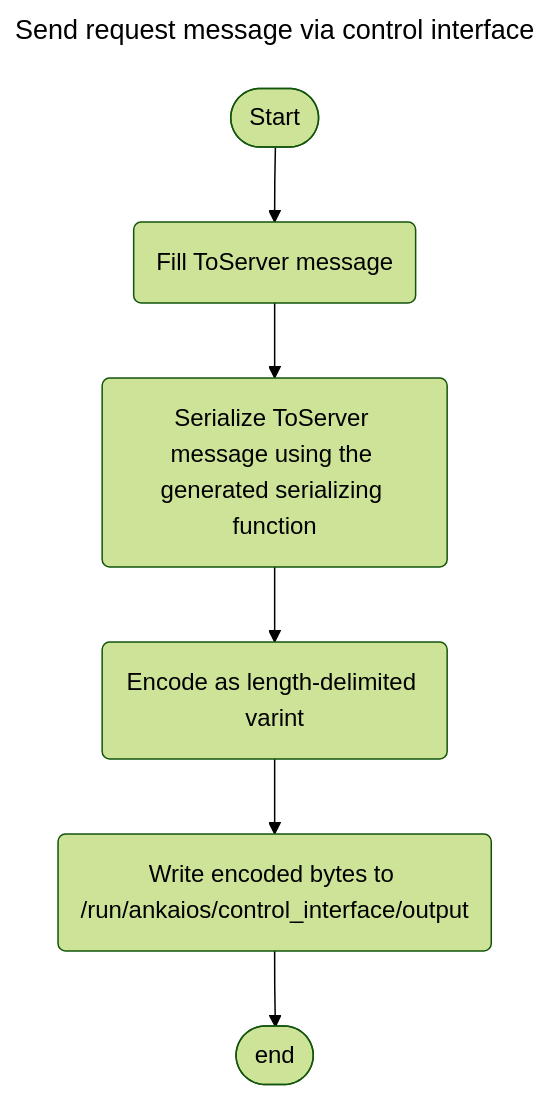
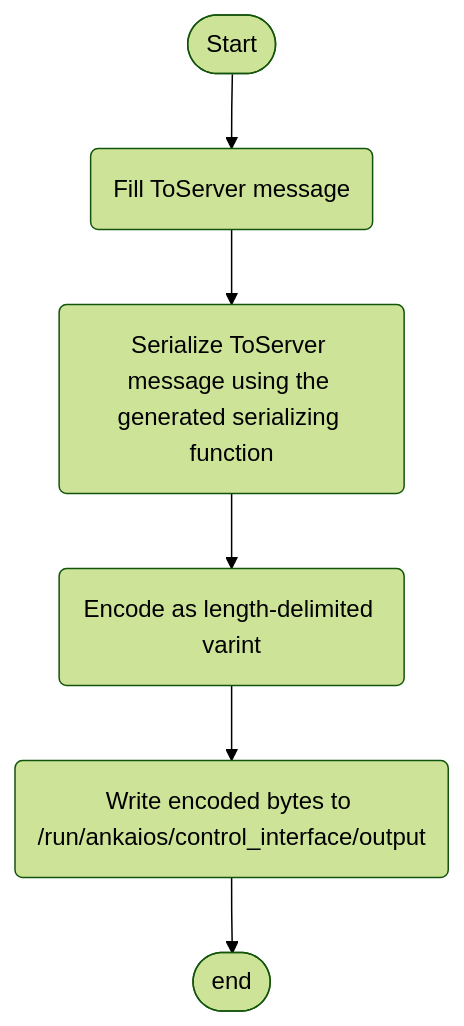
The fourth of 5 diagrams in doc/docs/reference/control-interface.md (eclipse-ankaios/ankaios), drawn with Mermaid (forest theme) before and after one commit. The commit also changed other lines of this file, not shown here.

First line of the commit message:
Fix mermaid titles in dark mode

````diff
--- a/doc/docs/reference/control-interface.md
+++ b/doc/docs/reference/control-interface.md
@@ -83,18 +77,15 @@
 ```mermaid
----
-title: Send request message via control interface
----
 flowchart TD
     begin([Start])
     req_msg(Fill ToServer message)
     ser_msg(Serialize ToServer message using the generated serializing function)
     enc_bytes(Encode as length-delimited varint)
     output("Write encoded bytes to /run/ankaios/control_interface/output")
     fin([end])
 
     begin --> req_msg
     req_msg --> ser_msg
     ser_msg -->enc_bytes
     enc_bytes --> output
     output --> fin
 ```
````
